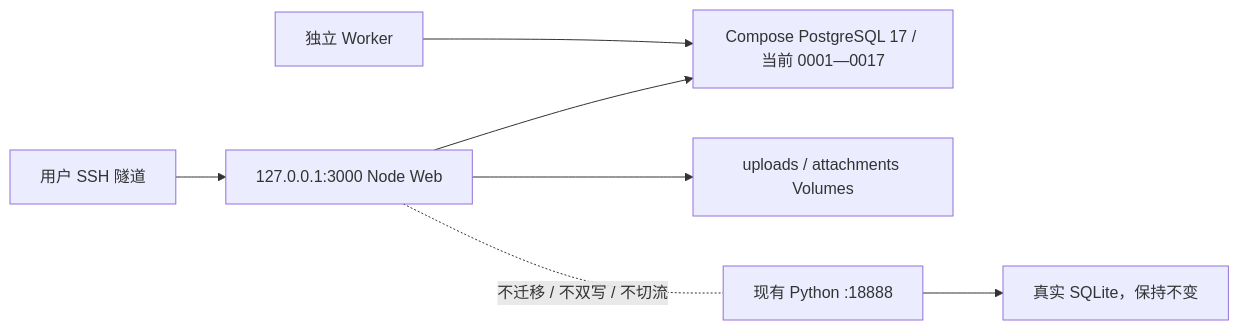
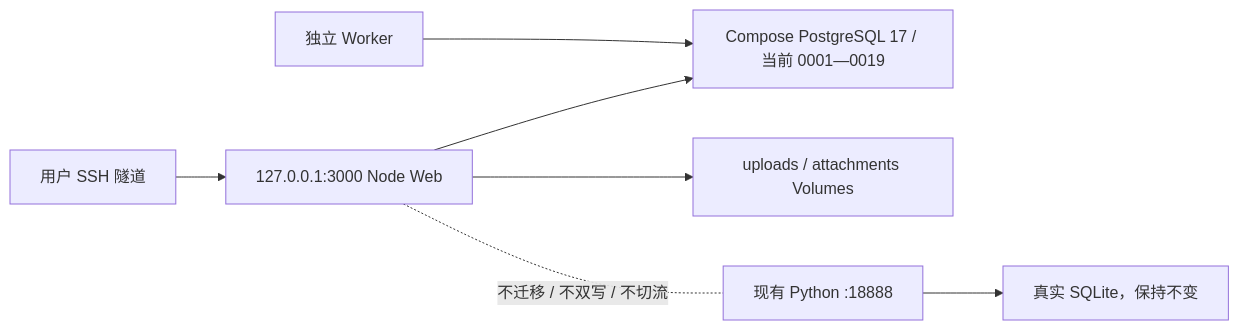
One commit to 3443176848/chenyida changed the fifth of 15 diagrams in docs/project/ARCHITECTURE.md. Above: the diagram before and after it, drawn with Mermaid. The commit also changed other lines of this file and 14 other files, not shown here.

````diff
--- a/docs/project/ARCHITECTURE.md
+++ b/docs/project/ARCHITECTURE.md
@@ -65,9 +82,9 @@
 ```mermaid
 flowchart LR
     SSH["用户 SSH 隧道"] --> WEB["127.0.0.1:3000 Node Web"]
-    WEB --> PG["Compose PostgreSQL 17 / 当前 0001—0017"]
+    WEB --> PG["Compose PostgreSQL 17 / 当前 0001—0019"]
     WORKER["独立 Worker"] --> PG
     WEB --> FILES["uploads / attachments Volumes"]
     PY["现有 Python :18888"] --> SQLITE["真实 SQLite，保持不变"]
     WEB -. "不迁移 / 不双写 / 不切流" .- PY
 ```
````
